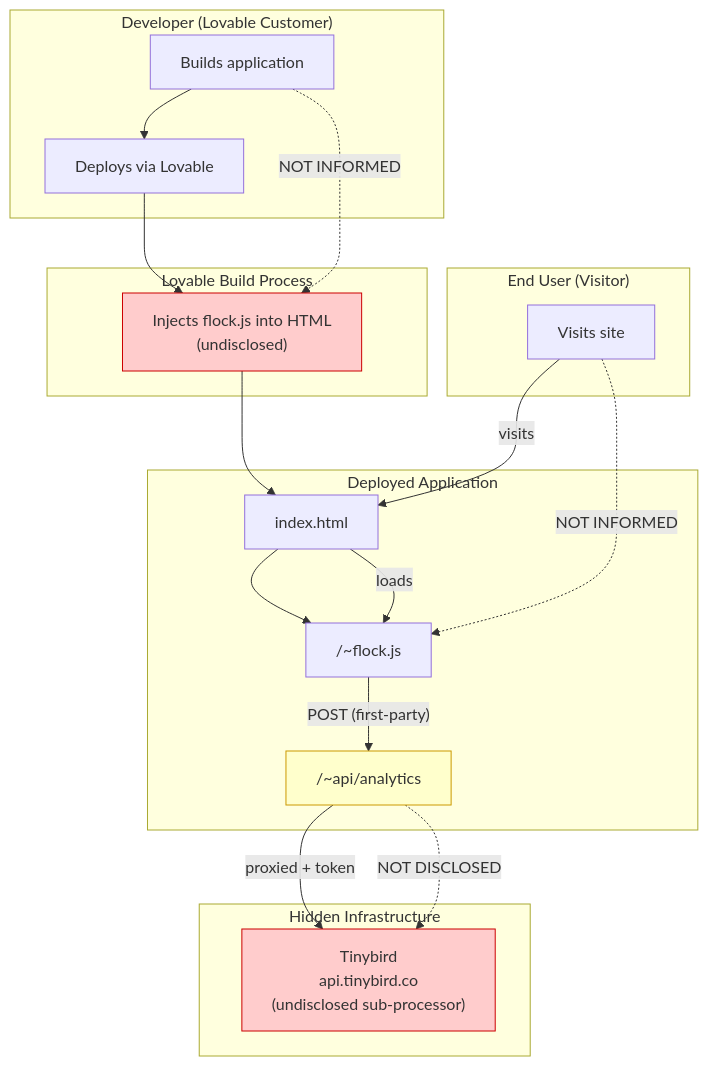
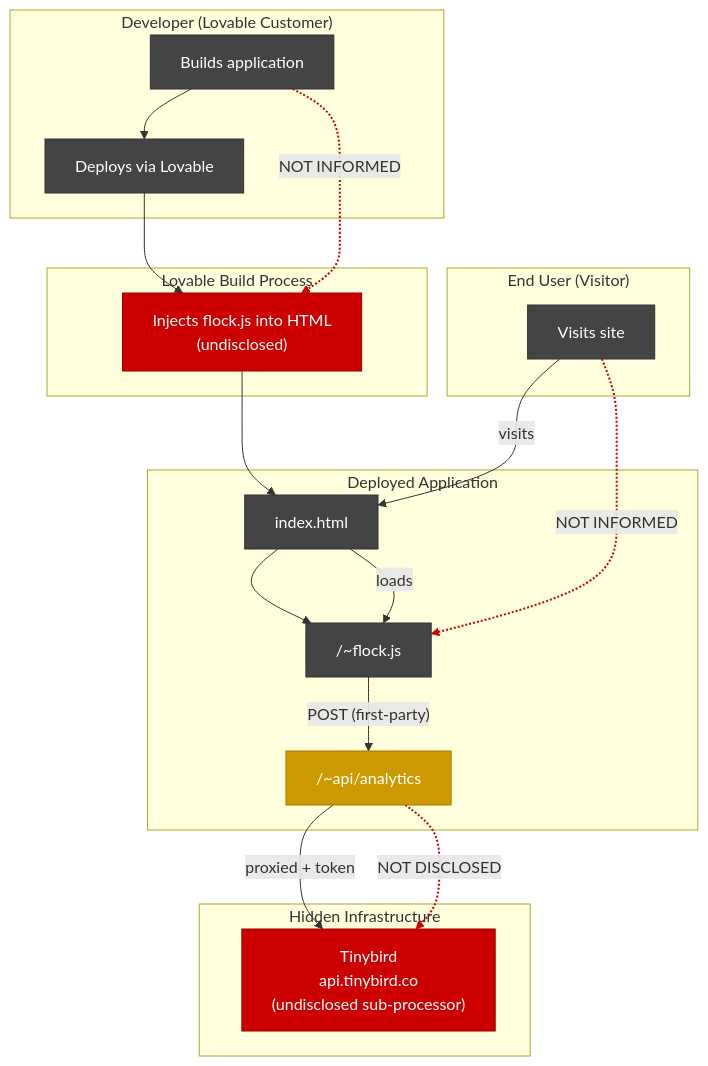
Before and after one commit to ul0gic/lovable-undisclosed-analytics: the first of 2 diagrams in README.md, drawn with Mermaid.

Commit message:
style: update mermaid diagram colors and link styles for better readability

````diff
--- a/README.md
+++ b/README.md
@@ -60,40 +60,47 @@
 ```mermaid
 flowchart TB
     subgraph Developer["Developer (Lovable Customer)"]
         DEV[Builds application]
         DEPLOY[Deploys via Lovable]
     end
 
     subgraph Build["Lovable Build Process"]
         INJECT["Injects flock.js into HTML<br/>(undisclosed)"]
     end
 
     subgraph Site["Deployed Application"]
         HTML[index.html]
         FLOCK["/~flock.js"]
         PROXY["/~api/analytics"]
     end
 
     subgraph User["End User (Visitor)"]
         BROWSER[Visits site]
     end
 
     subgraph Hidden["Hidden Infrastructure"]
         TB["Tinybird<br/>api.tinybird.co<br/>(undisclosed sub-processor)"]
     end
 
     DEV --> DEPLOY --> INJECT --> HTML
     HTML --> FLOCK
     BROWSER -->|visits| HTML
     HTML -->|loads| FLOCK
     FLOCK -->|"POST (first-party)"| PROXY
     PROXY -->|"proxied + token"| TB
 
     DEV -.->|"NOT INFORMED"| INJECT
     BROWSER -.->|"NOT INFORMED"| FLOCK
     PROXY -.->|"NOT DISCLOSED"| TB
 
-    style INJECT fill:#fcc,stroke:#c00
-    style TB fill:#fcc,stroke:#c00
-    style PROXY fill:#ffc,stroke:#c90
+    style DEV fill:#444,stroke:#333,color:#fff
+    style DEPLOY fill:#444,stroke:#333,color:#fff
+    style INJECT fill:#c00,stroke:#900,color:#fff
+    style HTML fill:#444,stroke:#333,color:#fff
+    style FLOCK fill:#444,stroke:#333,color:#fff
+    style PROXY fill:#c90,stroke:#a70,color:#fff
+    style BROWSER fill:#444,stroke:#333,color:#fff
+    style TB fill:#c00,stroke:#900,color:#fff
+
+    linkStyle 8,9,10 stroke:#c00,stroke-width:2px
 ```
````
